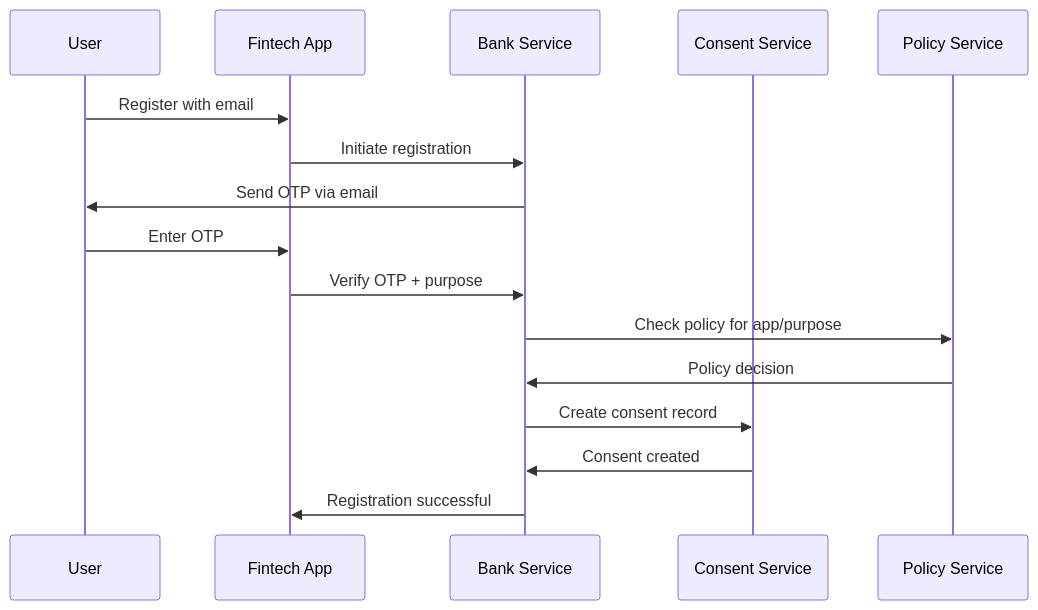
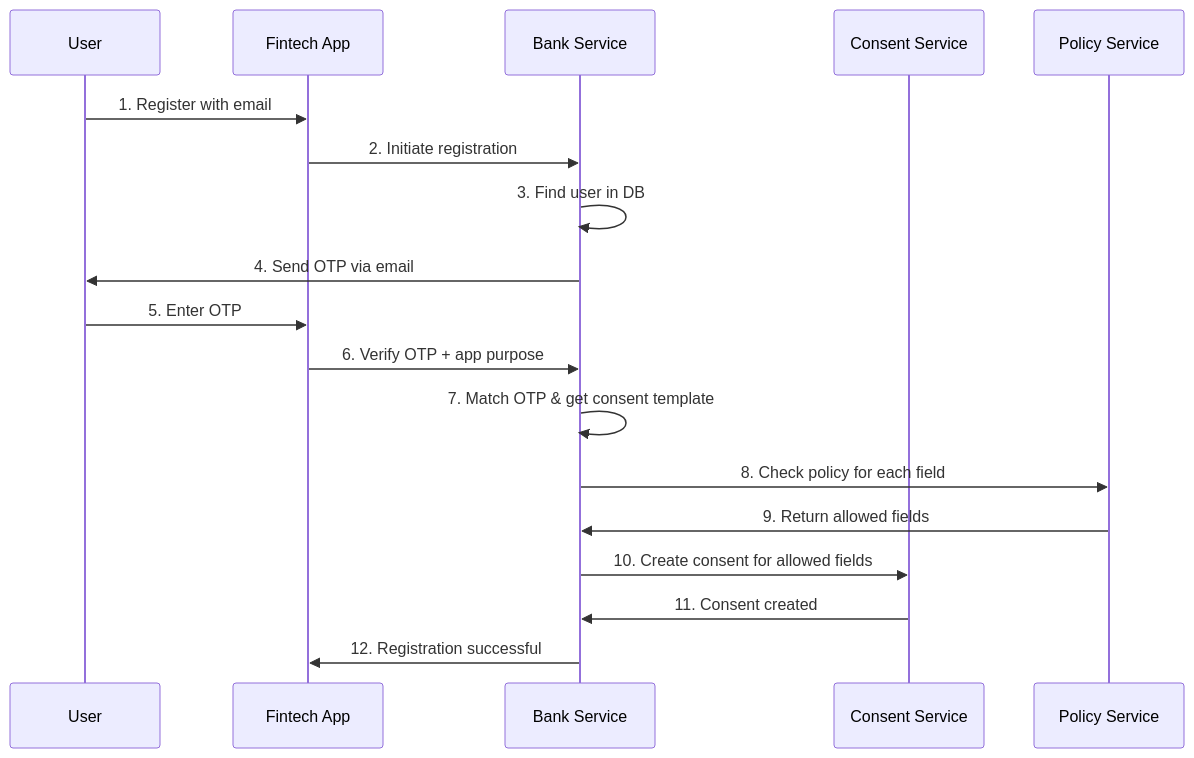
One commit to laatu08/cyberhack changed the first of 4 diagrams in README.md. Above: the diagram before and after it, drawn with Mermaid. The commit also changed other lines of this file, not shown here.

Commit message:
Update README.md with accurate user flow and system details

````diff
--- a/README.md
+++ b/README.md
@@ -225,19 +374,21 @@
 ```mermaid
 sequenceDiagram
     participant U as User
     participant F as Fintech App
     participant B as Bank Service
     participant C as Consent Service
     participant P as Policy Service
 
-    U->>F: Register with email
-    F->>B: Initiate registration
-    B->>U: Send OTP via email
-    U->>F: Enter OTP
-    F->>B: Verify OTP + purpose
-    B->>P: Check policy for app/purpose
-    P->>B: Policy decision
-    B->>C: Create consent record
-    C->>B: Consent created
-    B->>F: Registration successful
+    U->>F: 1. Register with email
+    F->>B: 2. Initiate registration
+    B->>B: 3. Find user in DB
+    B->>U: 4. Send OTP via email
+    U->>F: 5. Enter OTP
+    F->>B: 6. Verify OTP + app purpose
+    B->>B: 7. Match OTP & get consent template
+    B->>P: 8. Check policy for each field
+    P->>B: 9. Return allowed fields
+    B->>C: 10. Create consent for allowed fields
+    C->>B: 11. Consent created
+    B->>F: 12. Registration successful
 ```
````
